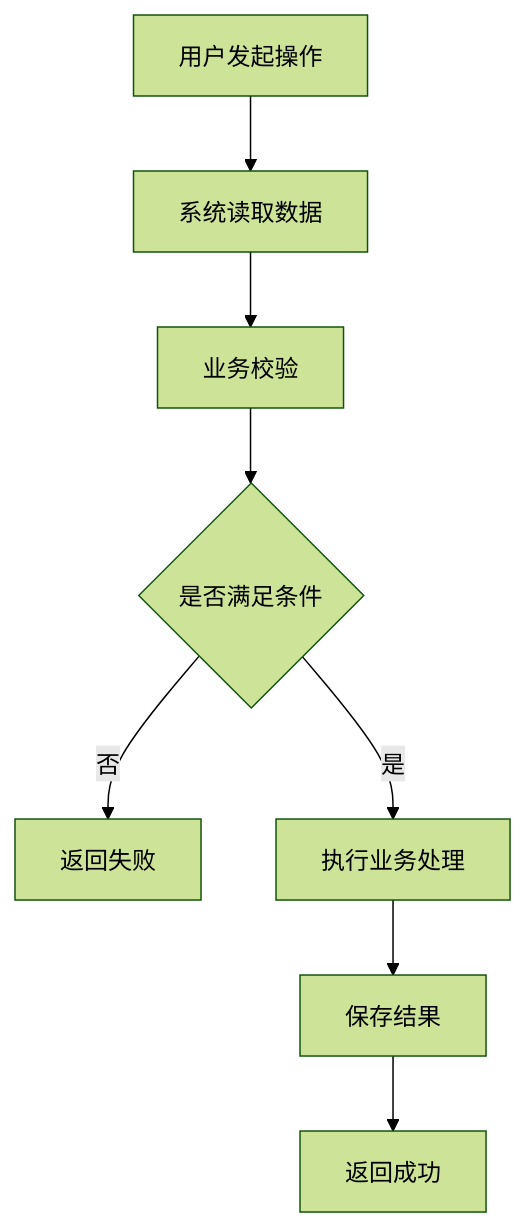
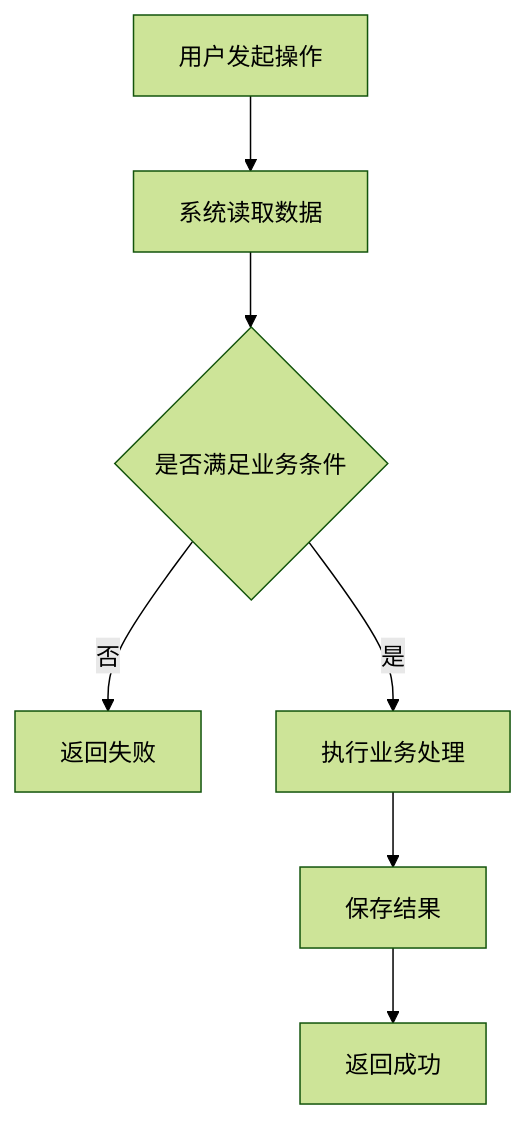
The first of 3 diagrams in skills/ai-devlop-spec/assets/需求分析.md (theron-muqiu/AI-Development-Skills), drawn with Mermaid (forest theme) before and after one commit. The commit also changed other lines of this file and 4 other files, not shown here.

````diff
--- a/skills/ai-devlop-spec/assets/需求分析.md
+++ b/skills/ai-devlop-spec/assets/需求分析.md
@@ -76,13 +89,9 @@
 ```mermaid
 flowchart TD
     A[用户发起操作] --> B[系统读取数据]
-    B --> C[业务校验]
-
-    C --> D{是否满足条件}
-
-    D -->|否| X[返回失败]
-
-    D -->|是| E[执行业务处理]
-    E --> F[保存结果]
-    F --> G[返回成功]
+    B --> C{是否满足业务条件}
+    C -->|否| X[返回失败]
+    C -->|是| D[执行业务处理]
+    D --> E[保存结果]
+    E --> F[返回成功]
 ```
````
